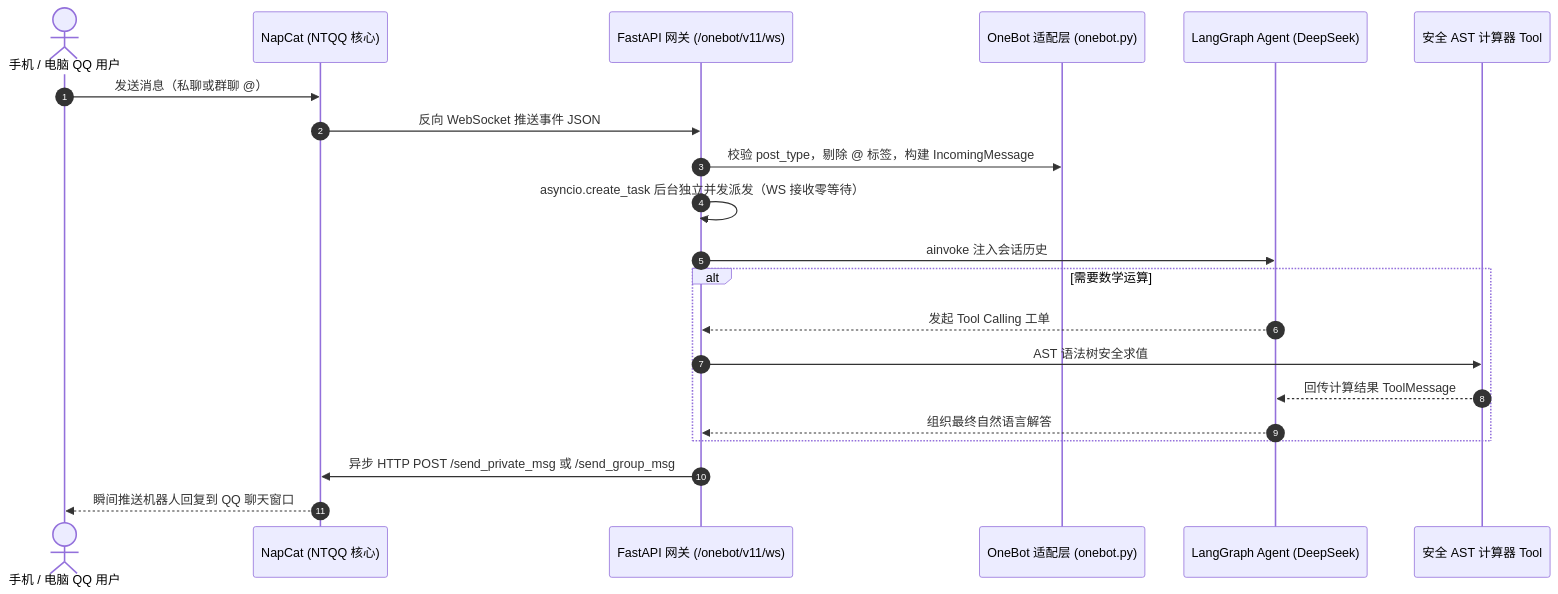
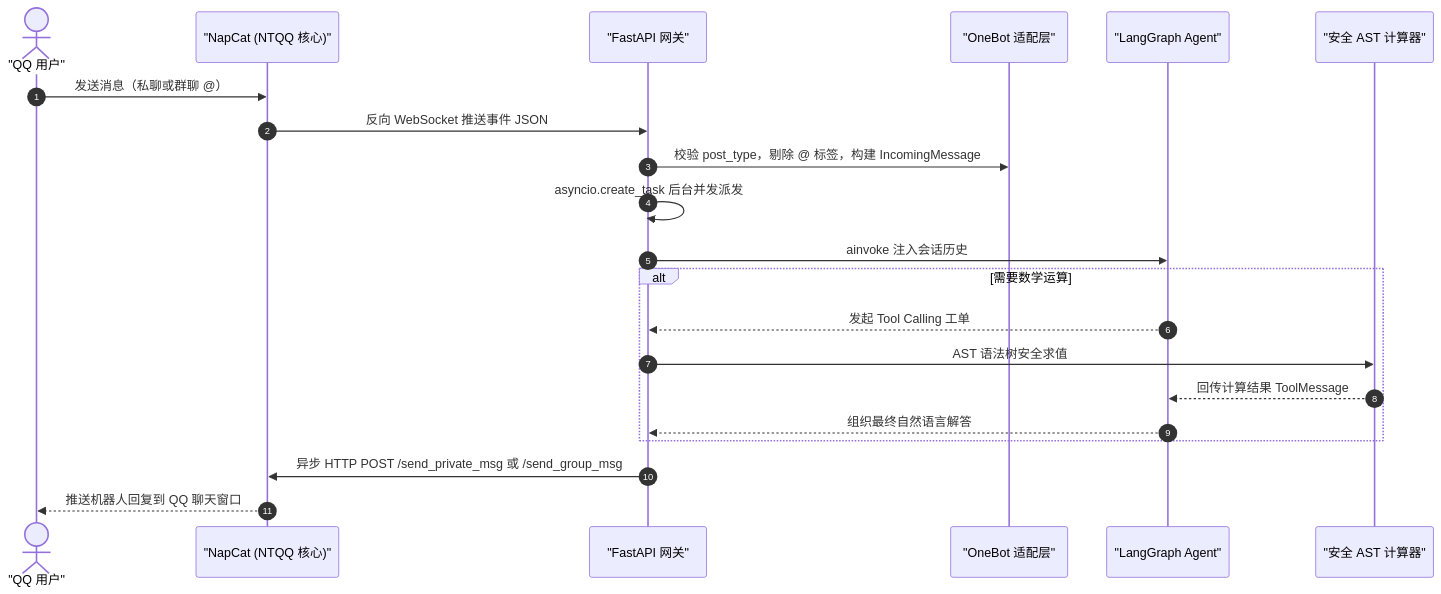
The diagram in README.md (0Elaina/qq-bot), drawn with Mermaid before and after one commit.

Commit message:
fix: resolve mermaid sequence diagram syntax error for github rendering

````diff
--- a/README.md
+++ b/README.md
@@ -37,24 +37,24 @@
 ```mermaid
 sequenceDiagram
     autonumber
-    actor User as 手机 / 电脑 QQ 用户
-    participant NapCat as NapCat (NTQQ 核心)
-    participant Server as FastAPI 网关 (/onebot/v11/ws)
-    participant Adapter as OneBot 适配层 (onebot.py)
-    participant Agent as LangGraph Agent (DeepSeek)
-    participant Tool as 安全 AST 计算器 Tool
+    actor User as "QQ 用户"
+    participant NapCat as "NapCat (NTQQ 核心)"
+    participant Server as "FastAPI 网关"
+    participant Adapter as "OneBot 适配层"
+    participant Agent as "LangGraph Agent"
+    participant Tool as "安全 AST 计算器"
 
     User->>NapCat: 发送消息（私聊或群聊 @）
     NapCat->>Server: 反向 WebSocket 推送事件 JSON
     Server->>Adapter: 校验 post_type，剔除 @ 标签，构建 IncomingMessage
-    Server->>Server: asyncio.create_task 后台独立并发派发（WS 接收零等待）
+    Server->>Server: asyncio.create_task 后台并发派发
     Server->>Agent: ainvoke 注入会话历史
     alt 需要数学运算
         Agent-->>Server: 发起 Tool Calling 工单
         Server->>Tool: AST 语法树安全求值
         Tool-->>Agent: 回传计算结果 ToolMessage
         Agent-->>Server: 组织最终自然语言解答
     end
     Server->>NapCat: 异步 HTTP POST /send_private_msg 或 /send_group_msg
-    NapCat-->>User: 瞬间推送机器人回复到 QQ 聊天窗口
+    NapCat-->>User: 推送机器人回复到 QQ 聊天窗口
 ```
````
